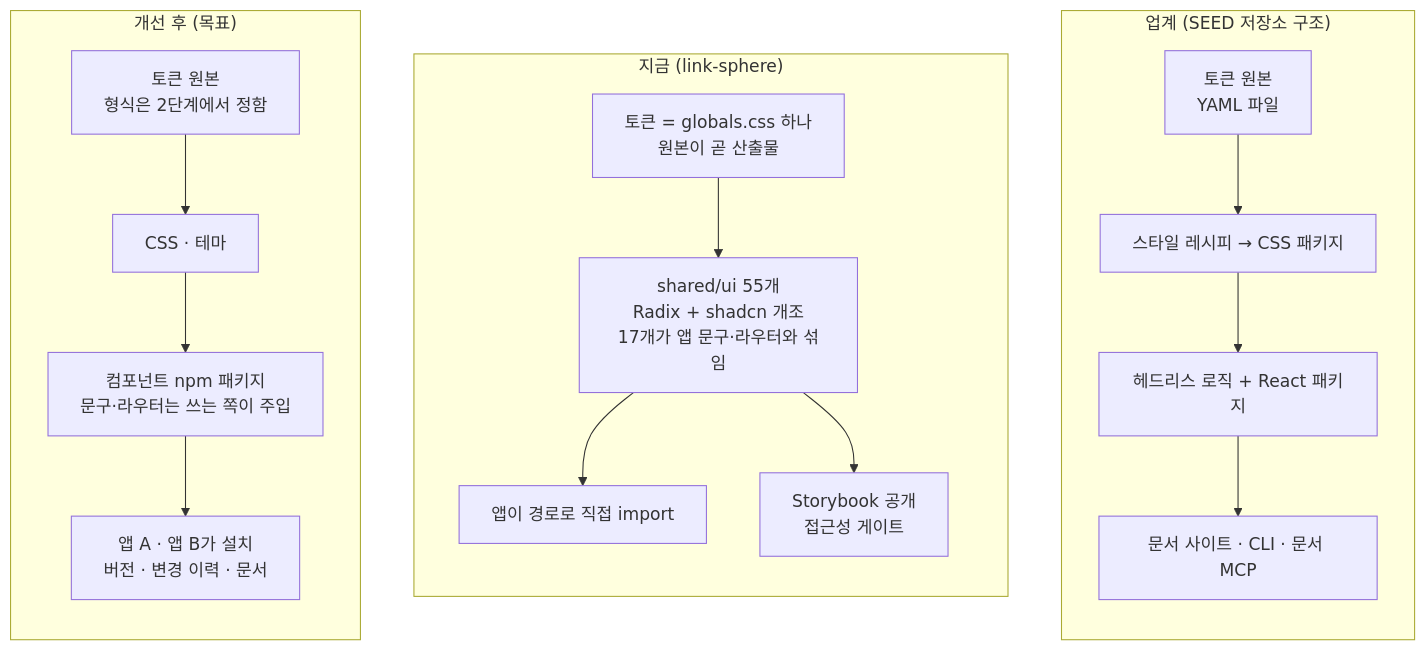
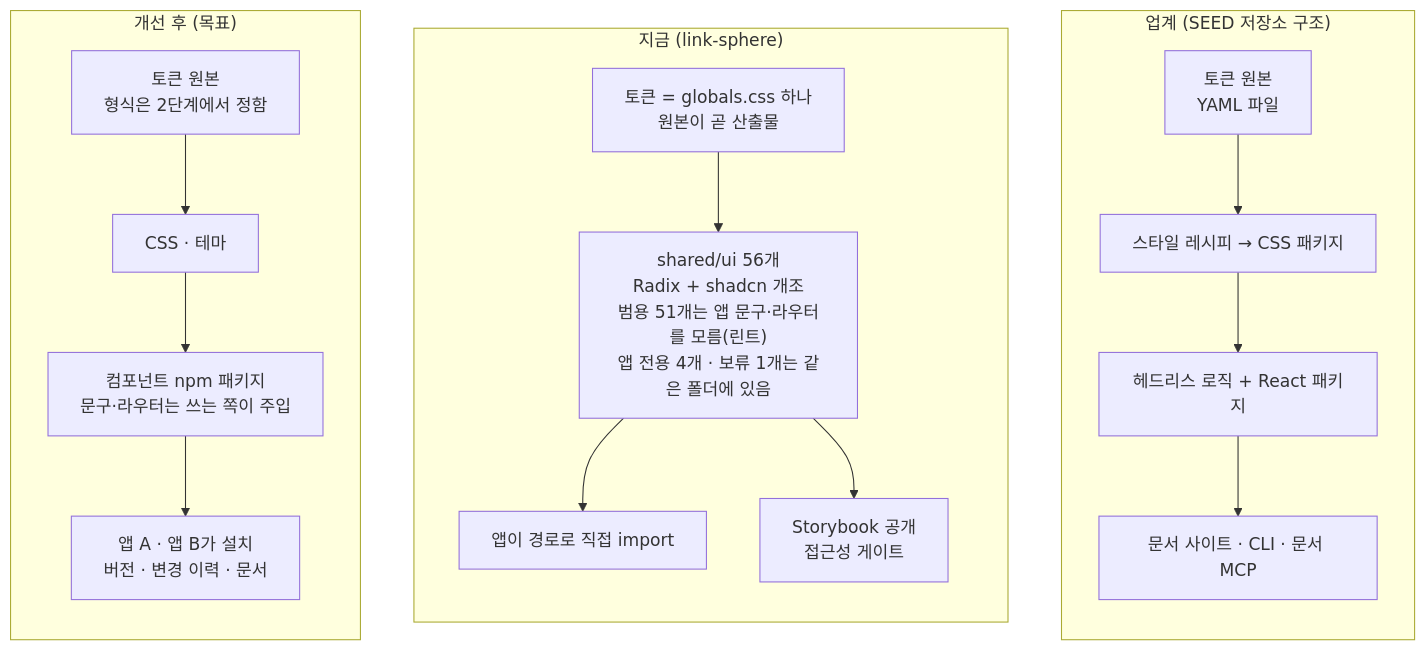
One commit to BAECHAN/link-sphere_FE_NEW changed the diagram in docs/DESIGN-SYSTEM-ROADMAP.md. Above: the diagram before and after it, drawn with Mermaid. The commit also changed other lines of this file and 60 other files, not shown here.

First line of the commit message:
refactor(shared): 공용 UI 부품에서 앱 문구·라우터를 떼고 경계 린트 추가 (#649)

````diff
--- a/docs/DESIGN-SYSTEM-ROADMAP.md
+++ b/docs/DESIGN-SYSTEM-ROADMAP.md
@@ -51,21 +51,21 @@
 ```mermaid
 flowchart TB
     subgraph std ["업계 (SEED 저장소 구조)"]
         direction TB
         S1["토큰 원본<br/>YAML 파일"] --> S2["스타일 레시피 → CSS 패키지"]
         S2 --> S3["헤드리스 로직 + React 패키지"]
         S3 --> S4["문서 사이트 · CLI · 문서 MCP"]
     end
     subgraph now ["지금 (link-sphere)"]
         direction TB
-        N1["토큰 = globals.css 하나<br/>원본이 곧 산출물"] --> N2["shared/ui 55개<br/>Radix + shadcn 개조<br/>17개가 앱 문구·라우터와 섞임"]
+        N1["토큰 = globals.css 하나<br/>원본이 곧 산출물"] --> N2["shared/ui 56개<br/>Radix + shadcn 개조<br/>범용 51개는 앱 문구·라우터를 모름(린트)<br/>앱 전용 4개 · 보류 1개는 같은 폴더에 있음"]
         N2 --> N3["앱이 경로로 직접 import"]
         N2 --> N4["Storybook 공개<br/>접근성 게이트"]
     end
     subgraph after ["개선 후 (목표)"]
         direction TB
         A1["토큰 원본<br/>형식은 2단계에서 정함"] --> A2["CSS · 테마"]
         A2 --> A3["컴포넌트 npm 패키지<br/>문구·라우터는 쓰는 쪽이 주입"]
         A3 --> A4["앱 A · 앱 B가 설치<br/>버전 · 변경 이력 · 문서"]
     end
 ```
````
